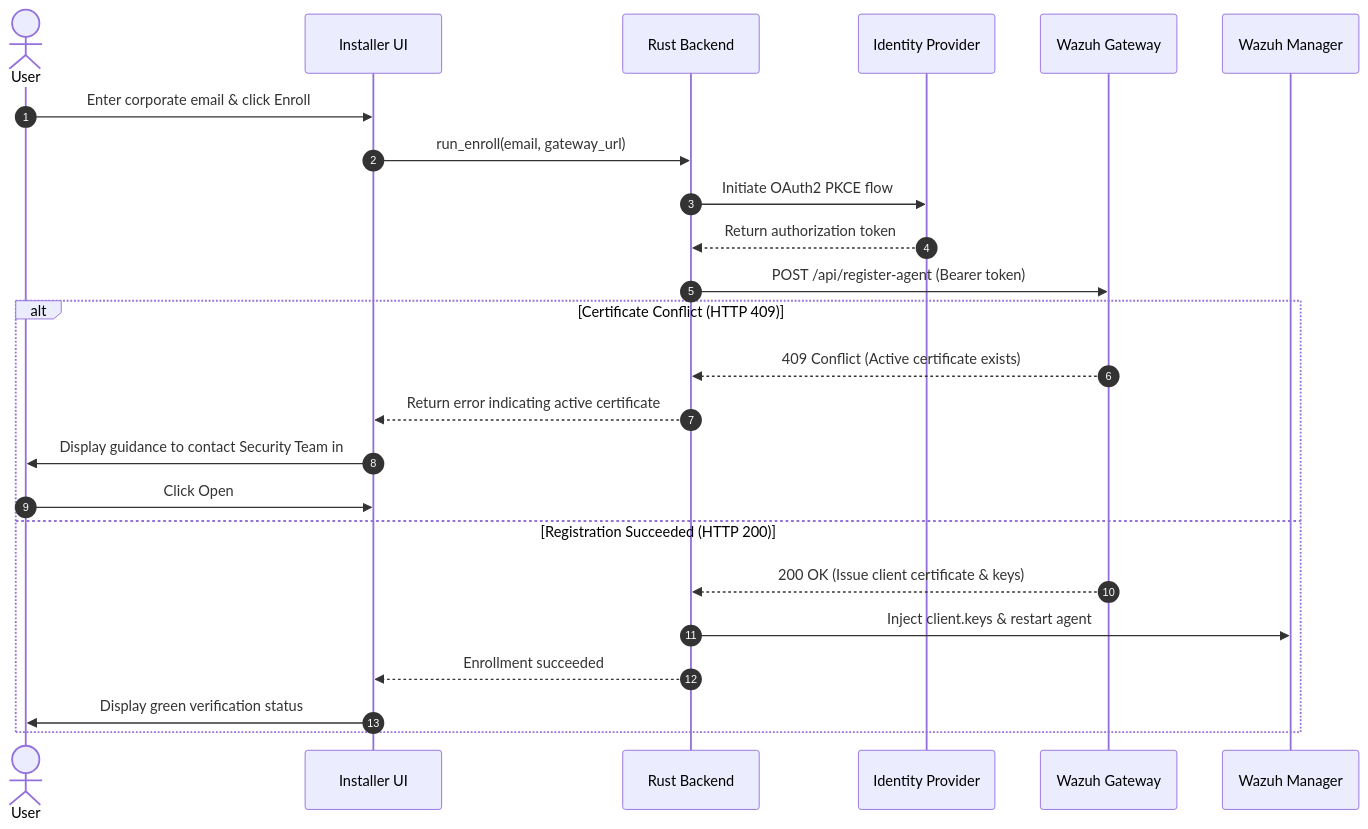
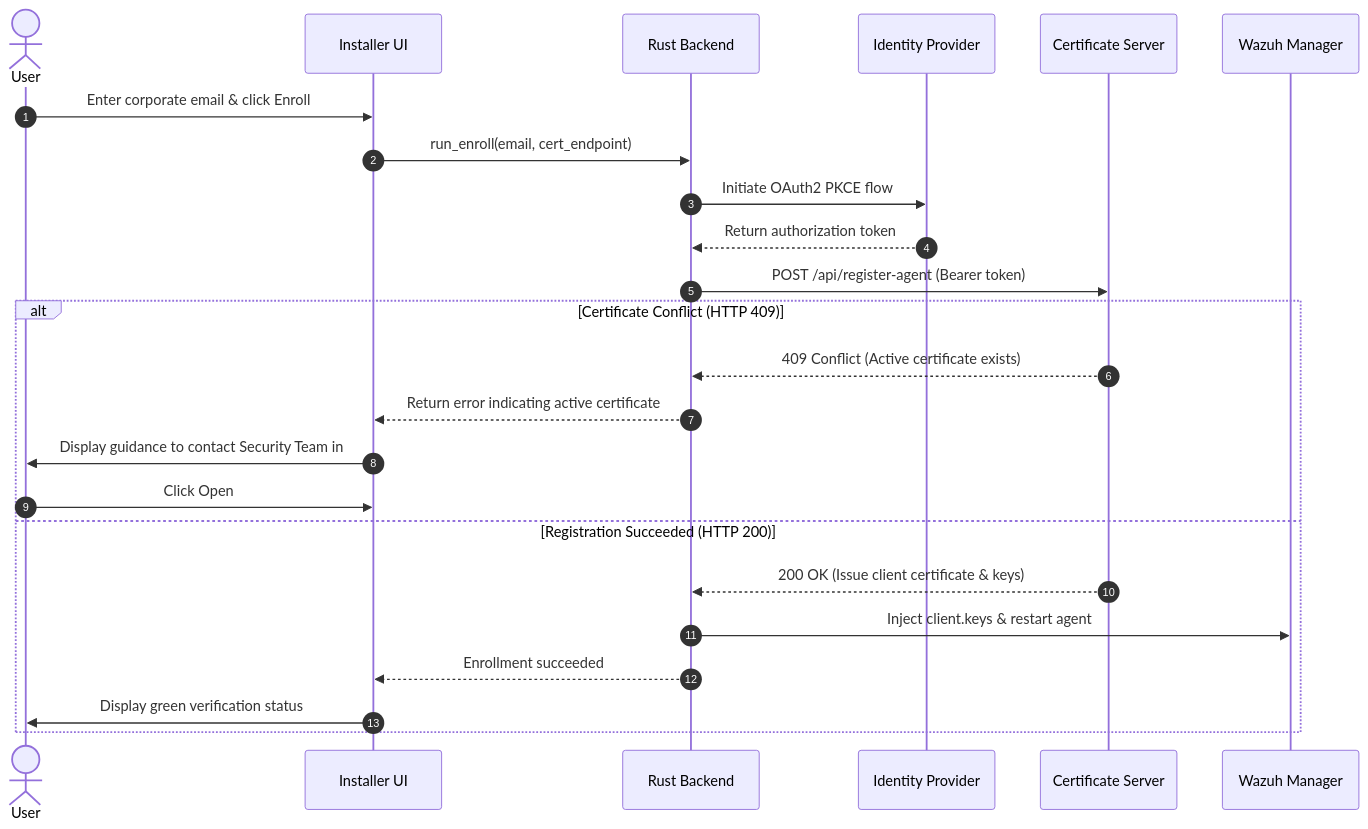
One commit to ADORSYS-GIS/wazuh-agent-installer changed the third of 3 diagrams in docs/architecture/overview.md. Above: the diagram before and after it, drawn with Mermaid. The commit also changed other lines of this file and 3 other files, not shown here.

First line of the commit message:
docs: use cert-server terminology, fix Mermaid edge syntax, and sanitize URLs

````diff
--- a/docs/architecture/overview.md
+++ b/docs/architecture/overview.md
@@ -135,28 +135,28 @@
 ```mermaid
 sequenceDiagram
     autonumber
     actor User
     participant UI as Installer UI
     participant Backend as Rust Backend
     participant IdP as Identity Provider
-    participant Gateway as Wazuh Gateway
+    participant CertServer as Certificate Server
     participant Manager as Wazuh Manager
 
     User->>UI: Enter corporate email & click Enroll
-    UI->>Backend: run_enroll(email, gateway_url)
+    UI->>Backend: run_enroll(email, cert_endpoint)
     Backend->>IdP: Initiate OAuth2 PKCE flow
     IdP-->>Backend: Return authorization token
-    Backend->>Gateway: POST /api/register-agent (Bearer token)
+    Backend->>CertServer: POST /api/register-agent (Bearer token)
     
     alt Certificate Conflict (HTTP 409)
-        Gateway-->>Backend: 409 Conflict (Active certificate exists)
+        CertServer-->>Backend: 409 Conflict (Active certificate exists)
         Backend-->>UI: Return error indicating active certificate
         UI->>User: Display guidance to contact Security Team in #Wazuh-Support (ADR-0003)
         User->>UI: Click Open #Wazuh-Support in Slack
     else Registration Succeeded (HTTP 200)
-        Gateway-->>Backend: 200 OK (Issue client certificate & keys)
+        CertServer-->>Backend: 200 OK (Issue client certificate & keys)
         Backend->>Manager: Inject client.keys & restart agent
         Backend-->>UI: Enrollment succeeded
         UI->>User: Display green verification status
     end
 ```
````
